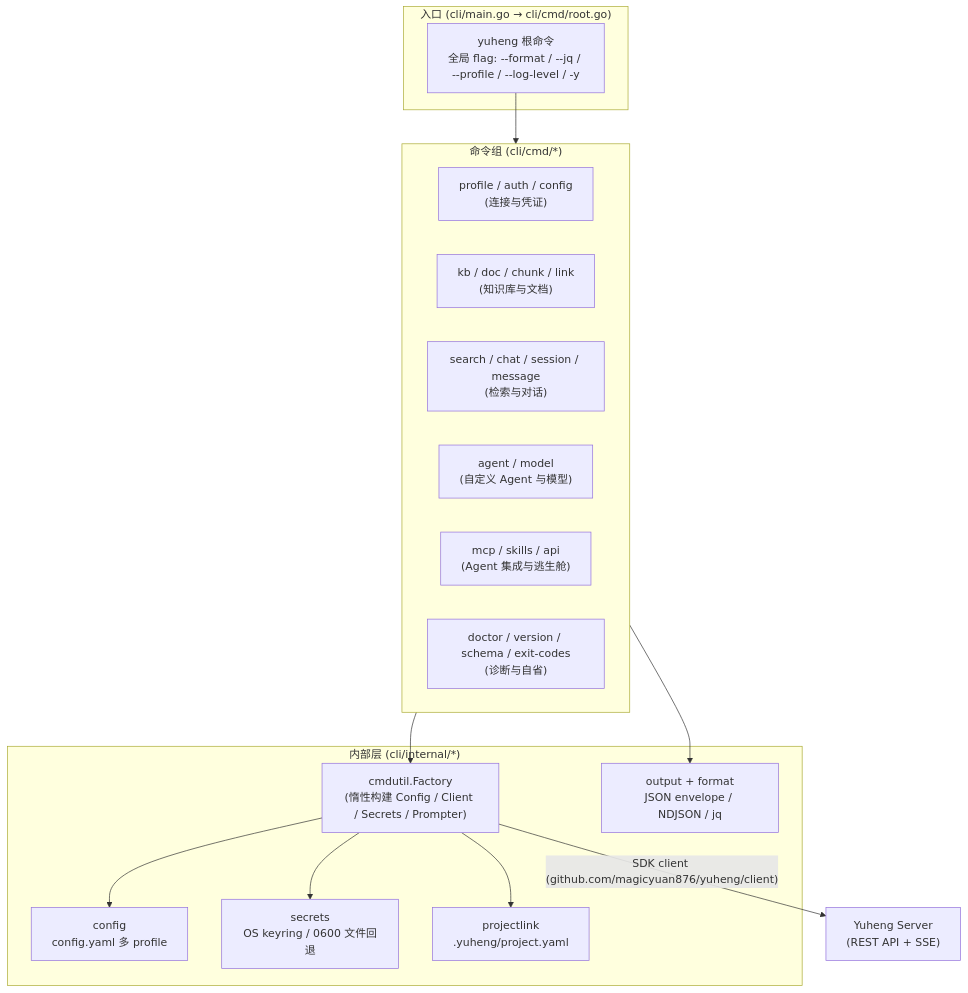
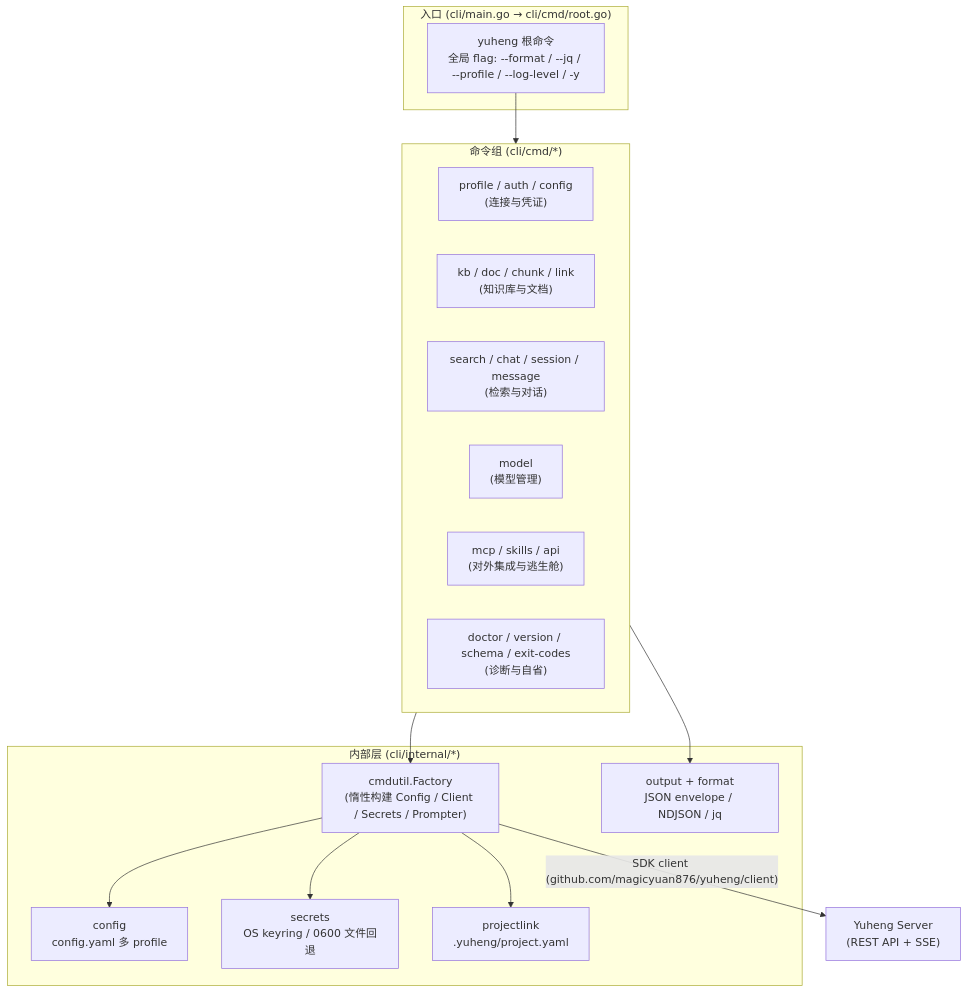
Before and after one commit to magicyuan876/Yuheng: the diagram in website-docs/05-clients/02-cli.md, drawn with Mermaid. The commit also changed other lines of this file and 32 other files, not shown here.

````diff
--- a/website-docs/05-clients/02-cli.md
+++ b/website-docs/05-clients/02-cli.md
@@ -12,33 +12,33 @@
 ```mermaid
 flowchart TB
     subgraph entry["入口 (cli/main.go → cli/cmd/root.go)"]
         R["yuheng 根命令<br/>全局 flag: --format / --jq / --profile / --log-level / -y"]
     end
 
     subgraph groups["命令组 (cli/cmd/*)"]
         G1["profile / auth / config<br/>(连接与凭证)"]
         G2["kb / doc / chunk / link<br/>(知识库与文档)"]
         G3["search / chat / session / message<br/>(检索与对话)"]
-        G4["agent / model<br/>(自定义 Agent 与模型)"]
-        G5["mcp / skills / api<br/>(Agent 集成与逃生舱)"]
+        G4["model<br/>(模型管理)"]
+        G5["mcp / skills / api<br/>(对外集成与逃生舱)"]
         G6["doctor / version / schema / exit-codes<br/>(诊断与自省)"]
     end
 
     subgraph internal["内部层 (cli/internal/*)"]
         F["cmdutil.Factory<br/>(惰性构建 Config / Client / Secrets / Prompter)"]
         C["config<br/>config.yaml 多 profile"]
         S["secrets<br/>OS keyring / 0600 文件回退"]
         P["projectlink<br/>.yuheng/project.yaml"]
         O["output + format<br/>JSON envelope / NDJSON / jq"]
     end
 
     SRV["Yuheng Server<br/>(REST API + SSE)"]
 
     R --> groups
     groups --> F
     F --> C
     F --> S
     F --> P
     groups --> O
     F -->|"SDK client (github.com/magicyuan876/yuheng/client)"| SRV
 ```
````
